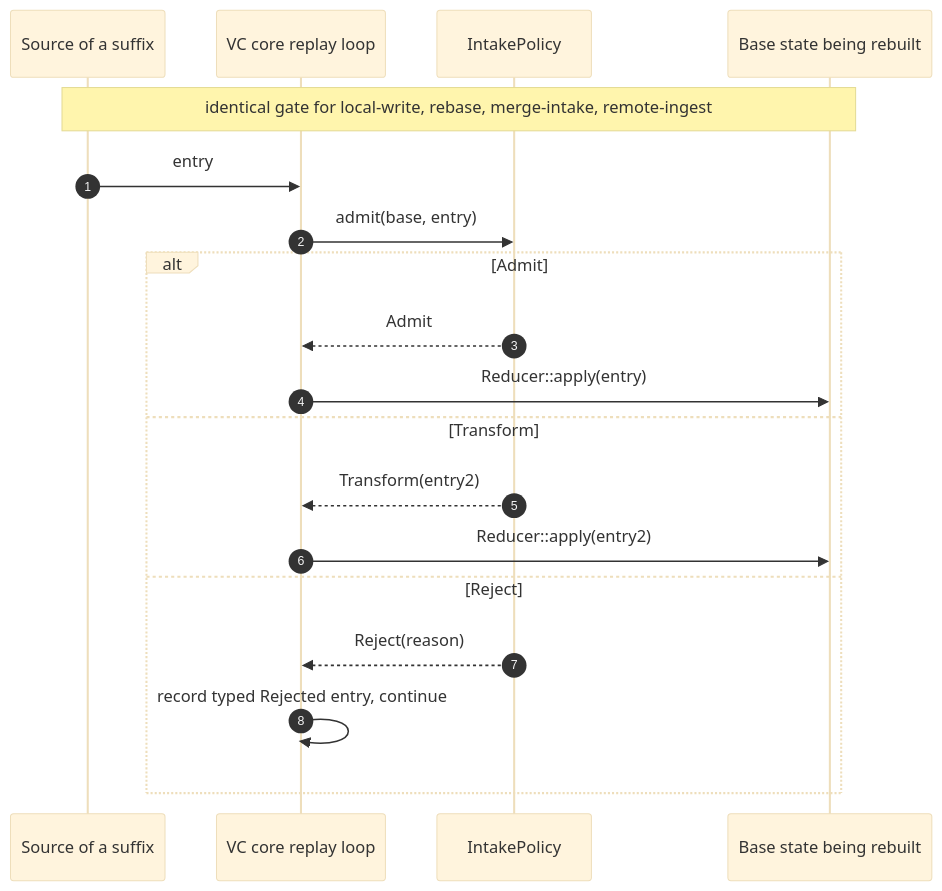
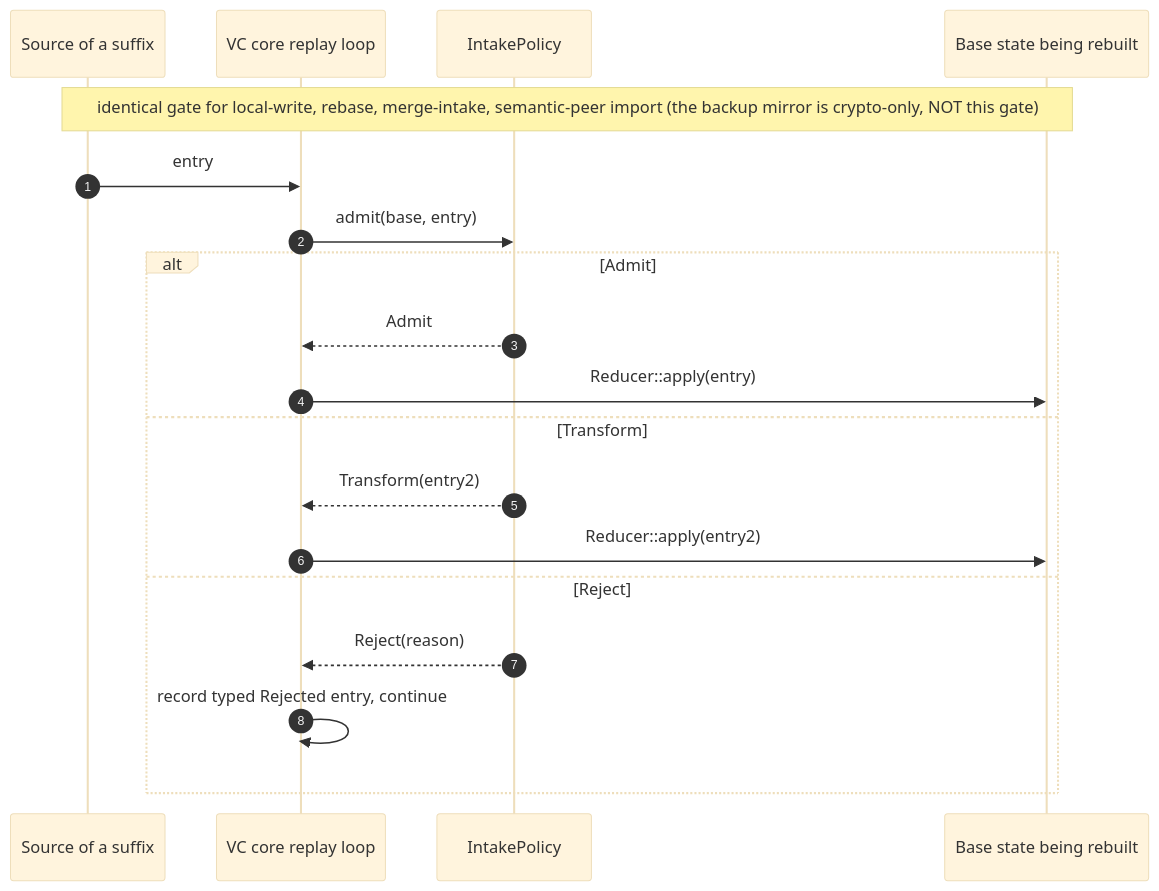
Before and after one commit to LiGoldragon/primary: the fifth of 11 diagrams in reports/system-designer/95-versioned-state-grand-design/8-visual-design.md, drawn with Mermaid (base theme). The commit also changed other lines of this file and 1 other file, not shown here.

````diff
--- a/reports/system-designer/95-versioned-state-grand-design/8-visual-design.md
+++ b/reports/system-designer/95-versioned-state-grand-design/8-visual-design.md
@@ -231,21 +231,21 @@
 ```mermaid
 sequenceDiagram
     autonumber
     participant Src as Source of a suffix
     participant Core as VC core replay loop
     participant Pol as IntakePolicy
     participant Base as Base state being rebuilt
-    Note over Src,Base: identical gate for local-write, rebase, merge-intake, remote-ingest
+    Note over Src,Base: identical gate for local-write, rebase, merge-intake, semantic-peer import (the backup mirror is crypto-only, NOT this gate)
     Src->>Core: entry
     Core->>Pol: admit(base, entry)
     alt Admit
         Pol-->>Core: Admit
         Core->>Base: Reducer::apply(entry)
     else Transform
         Pol-->>Core: Transform(entry2)
         Core->>Base: Reducer::apply(entry2)
     else Reject
         Pol-->>Core: Reject(reason)
         Core->>Core: record typed Rejected entry, continue
     end
 ```
````
